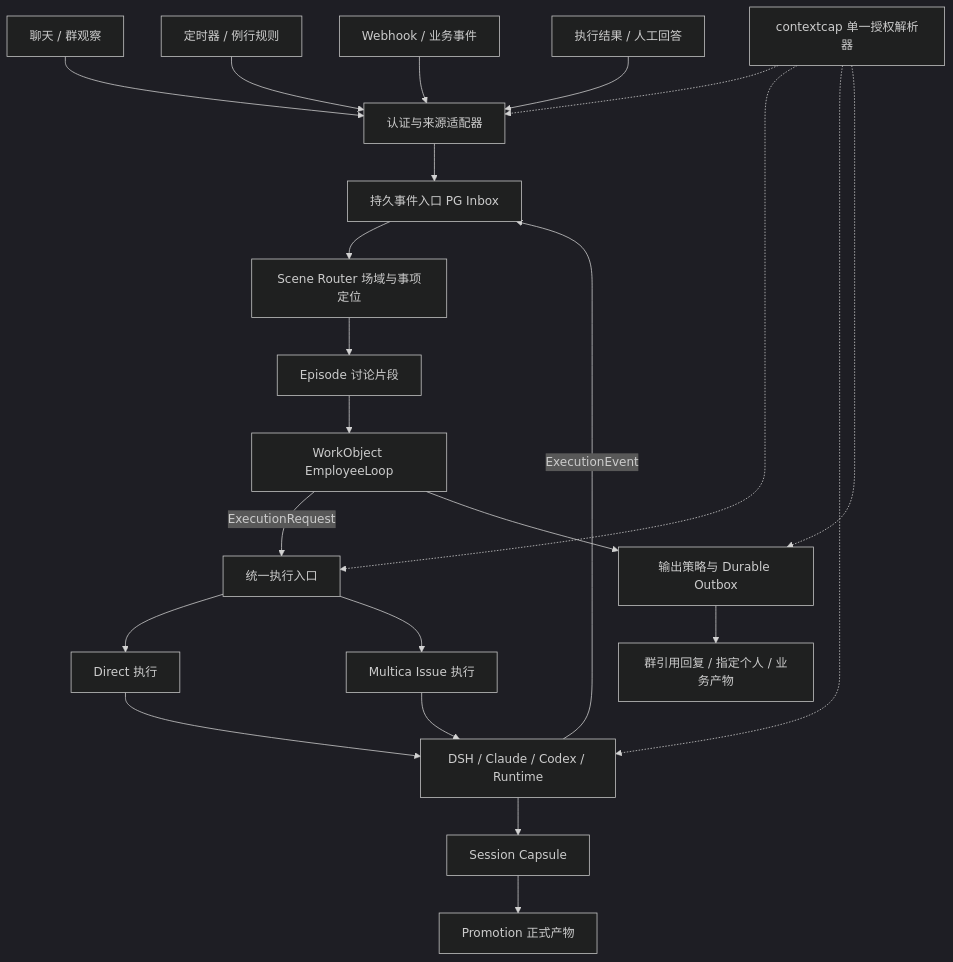
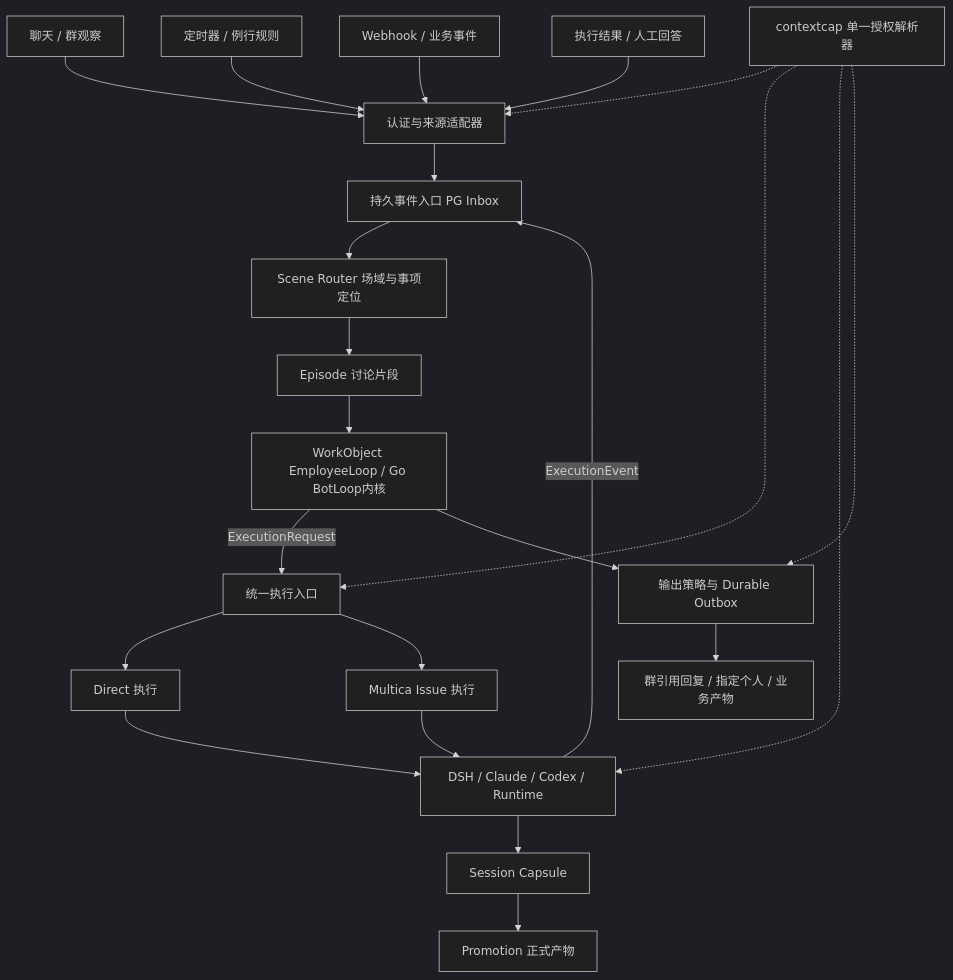
Before and after one commit to D1-2004/multica: the first of 3 diagrams in docs/plans/2026-09-30/employee-loop-design.md, drawn with Mermaid (dark theme). The commit also changed other lines of this file and 2 other files, not shown here.

First line of the commit message:
docs(employee-loop): 明确独立内核与统一事件契约并新增 HTML 方案

````diff
--- a/docs/plans/2026-09-30/employee-loop-design.md
+++ b/docs/plans/2026-09-30/employee-loop-design.md
@@ -45,25 +47,25 @@
 ```mermaid
 flowchart TD
   IM[聊天 / 群观察] --> IN[认证与来源适配器]
   TM[定时器 / 例行规则] --> IN
   WH[Webhook / 业务事件] --> IN
   EX[执行结果 / 人工回答] --> IN
   IN --> EV[持久事件入口 PG Inbox]
   EV --> SC[Scene Router 场域与事项定位]
   SC --> EP[Episode 讨论片段]
-  EP --> WO[WorkObject EmployeeLoop]
+  EP --> WO[WorkObject EmployeeLoop / Go BotLoop内核]
   WO -->|ExecutionRequest| DR[统一执行入口]
   DR --> DI[Direct 执行]
   DR --> IS[Multica Issue 执行]
   DI --> HW[DSH / Claude / Codex / Runtime]
   IS --> HW
   HW -->|ExecutionEvent| EV
   WO --> OP[输出策略与 Durable Outbox]
   OP --> CH[群引用回复 / 指定个人 / 业务产物]
   HW --> CP[Session Capsule]
   CP --> AR[Promotion 正式产物]
   CAP[contextcap 单一授权解析器] -.-> IN
   CAP -.-> DR
   CAP -.-> HW
   CAP -.-> OP
 ```
````
